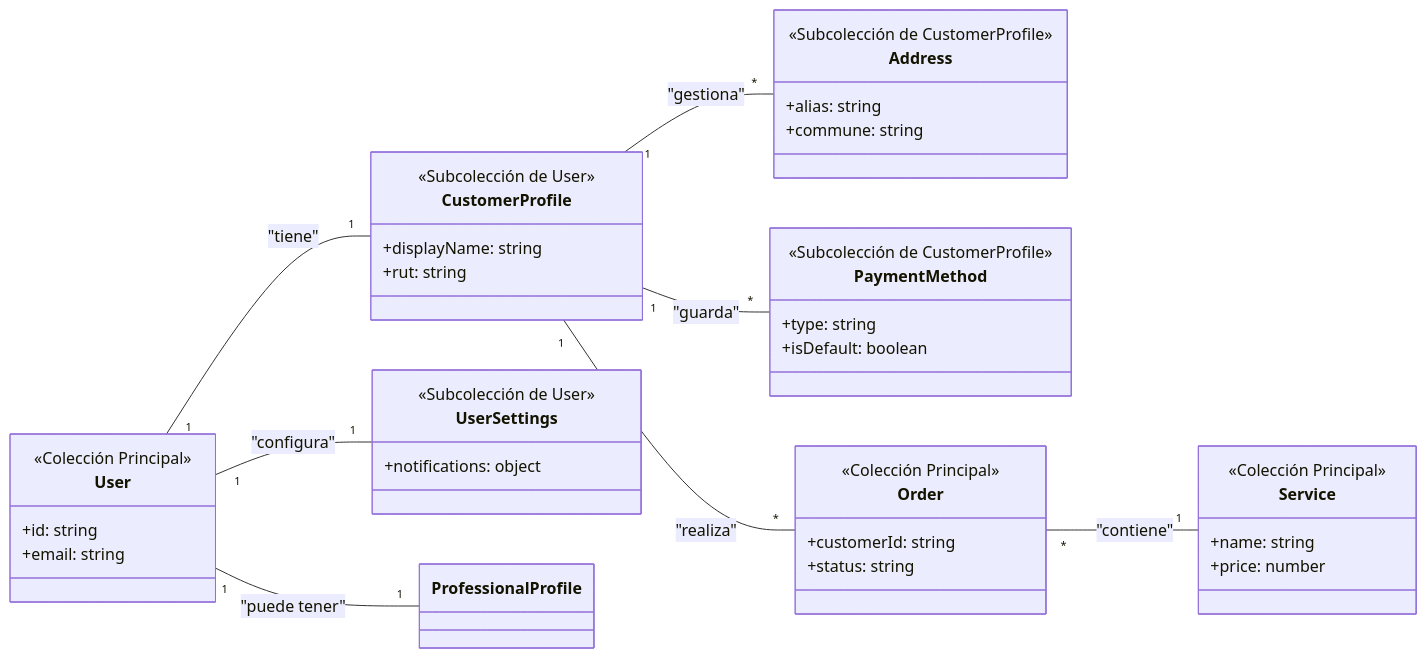
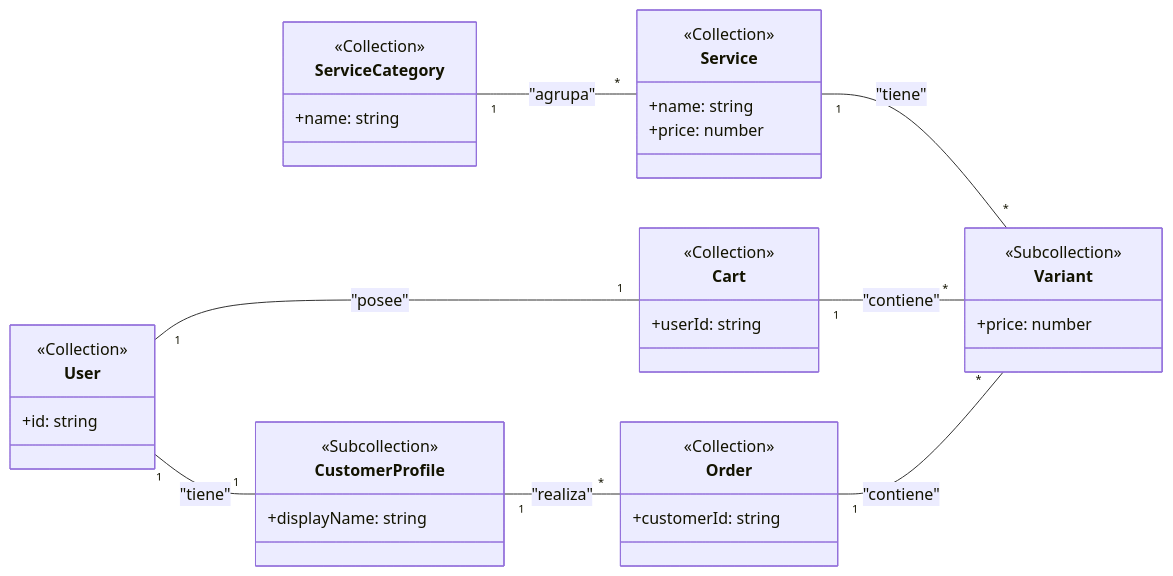
One commit to rorocabezas/liliapp-dashboard changed the third of 3 diagrams in Modelo Base/LiliApp_Implementacion_Clientes_DB.md. Above: the diagram before and after it, drawn with Mermaid. The commit also changed other lines of this file and 11 other files, not shown here.

````diff
--- a/Modelo Base/LiliApp_Implementacion_Clientes_DB.md
+++ b/Modelo Base/LiliApp_Implementacion_Clientes_DB.md
@@ -575,54 +580,44 @@
 ```mermaid
 classDiagram
     direction LR
 
     class User {
-        <<Colección Principal>>
+        <<Collection>>
         +id: string
-        +email: string
+    }
+    class CustomerProfile {
+        <<Subcollection>>
+        +displayName: string
+    }
+    class Cart {
+        <<Collection>>
+        +userId: string
+    }
+    class Service {
+        <<Collection>>
+        +name: string
+        +price: number
+    }
+    class Variant {
+        <<Subcollection>>
+        +price: number
+    }
+    class Order {
+        <<Collection>>
+        +customerId: string
+    }
+    class ServiceCategory {
+        <<Collection>>
+        +name: string
     }
 
-    class CustomerProfile {
-        <<Subcolección de User>>
-        +displayName: string
-        +rut: string
-    }
+    User "1" -- "1" CustomerProfile : "tiene"
+    User "1" -- "1" Cart : "posee"
+    CustomerProfile "1" -- "*" Order : "realiza"
+    ServiceCategory "1" -- "*" Service : "agrupa"
+    Service "1" -- "*" Variant : "tiene"
 
-    class Address {
-        <<Subcolección de CustomerProfile>>
-        +alias: string
-        +commune: string
-    }
-
-    class PaymentMethod {
-        <<Subcolección de CustomerProfile>>
-        +type: string
-        +isDefault: boolean
-    }
-
-    class UserSettings {
-        <<Subcolección de User>>
-        +notifications: object
-    }
-
-    class Order {
-        <<Colección Principal>>
-        +customerId: string
-        +status: string
-    }
-
-     class Service {
-        <<Colección Principal>>
-        +name: string
-        +price: number
-     }
-
-    User "1" -- "1" CustomerProfile : "tiene"
-    User "1" -- "1" ProfessionalProfile : "puede tener" 
-    User "1" -- "1" UserSettings : "configura"
-    CustomerProfile "1" -- "*" Address : "gestiona"
-    CustomerProfile "1" -- "*" PaymentMethod : "guarda"
-    CustomerProfile "1" -- "*" Order : "realiza"
-    Order "*" -- "1" Service : "contiene"
+    Cart "1" -- "*" Variant : "contiene"
+    Order "1" -- "*" Variant : "contiene"
 
 ```
````
